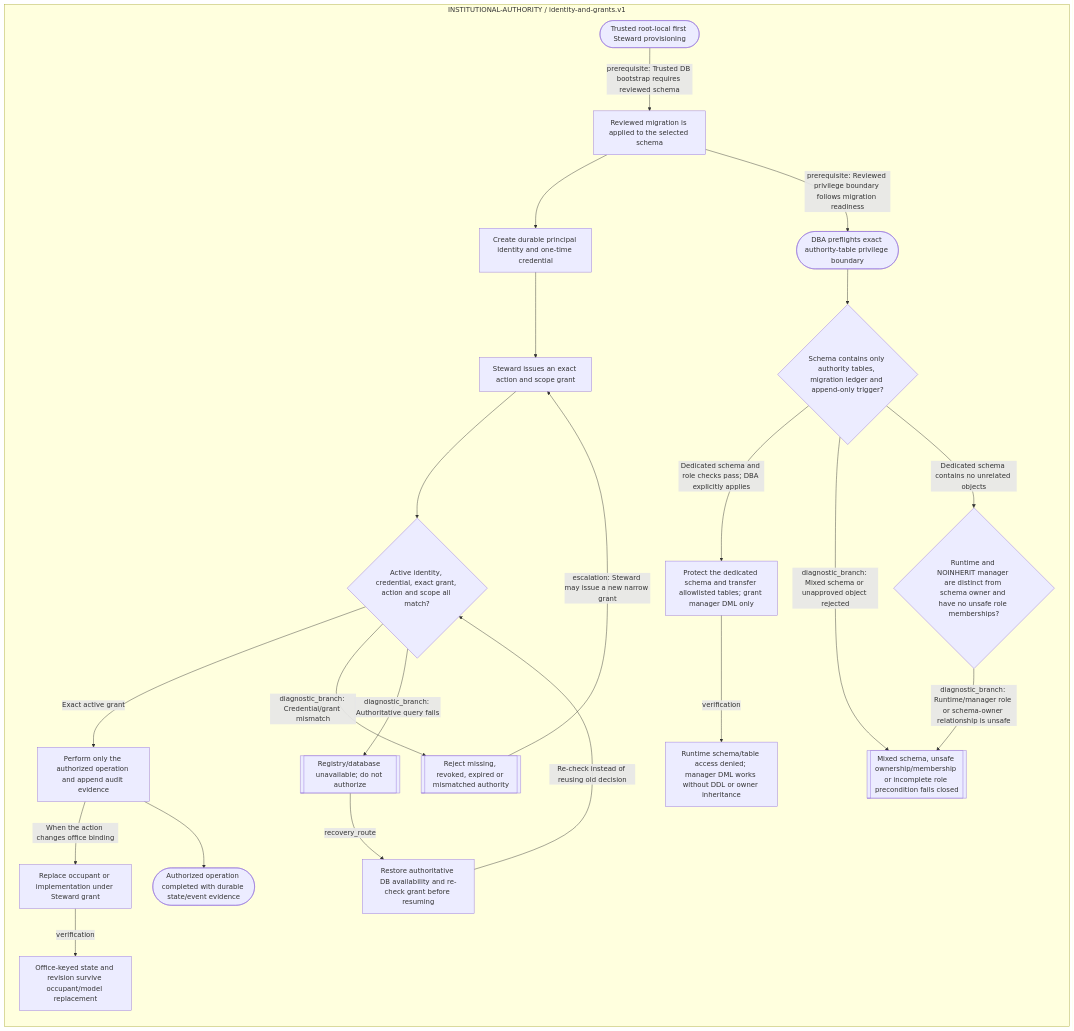
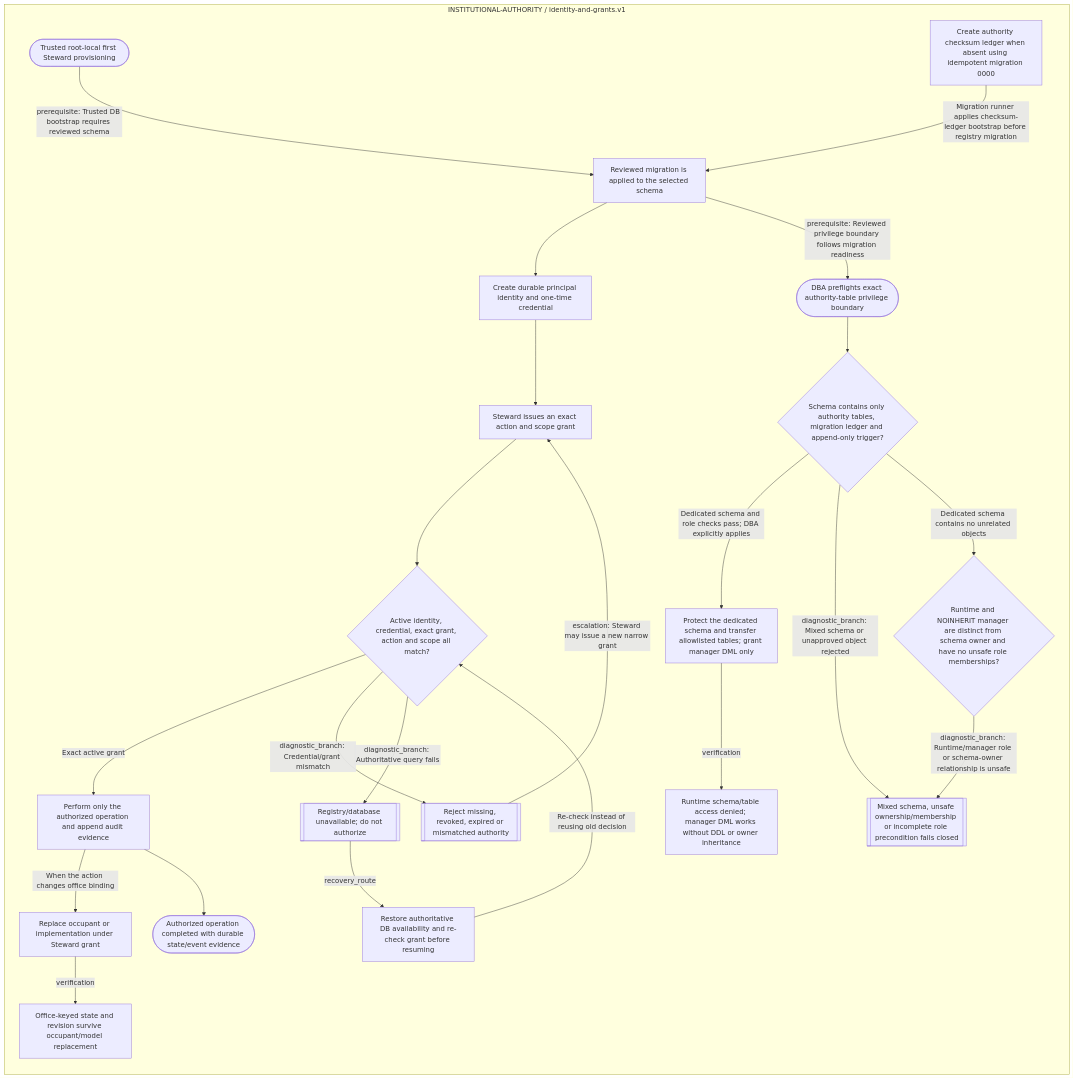
The diagram in docs/components/INSTITUTIONAL_AUTHORITY_FLOW.md (ppow1/Riverview-), drawn with Mermaid before and after one commit. The commit also changed other lines of this file and 33 other files, not shown here.

Commit message:
fix(authority): bootstrap fresh schema migration ledger

````diff
--- a/docs/components/INSTITUTIONAL_AUTHORITY_FLOW.md
+++ b/docs/components/INSTITUTIONAL_AUTHORITY_FLOW.md
@@ -19,44 +19,46 @@
 ```mermaid
 flowchart LR
   subgraph g_rv_institutional_authority_identity_and_grants["INSTITUTIONAL-AUTHORITY / identity-and-grants.v1"]
     g_rv_institutional_authority_identity_and_grants_bootstrap_a48d6fd3(["Trusted root-local first Steward provisioning"])
+    g_rv_institutional_authority_identity_and_grants_migration_ledger_bootstrap_b3ae001f["Create authority checksum ledger when absent using idempotent migration 0000"]
     g_rv_institutional_authority_identity_and_grants_migration_ready_c4bb91b6["Reviewed migration is applied to the selected schema"]
     g_rv_institutional_authority_identity_and_grants_principal_create_ee96873b["Create durable principal identity and one-time credential"]
     g_rv_institutional_authority_identity_and_grants_grant_create_462e1d10["Steward issues an exact action and scope grant"]
     g_rv_institutional_authority_identity_and_grants_authorize_fa36becb{"Active identity, credential, exact grant, action and scope all match?"}
     g_rv_institutional_authority_identity_and_grants_authorized_action_492c71b2["Perform only the authorized operation and append audit evidence"]
     g_rv_institutional_authority_identity_and_grants_deny_e8ae7e89[["Reject missing, revoked, expired or mismatched authority"]]
     g_rv_institutional_authority_identity_and_grants_replace_binding_ccca04a9["Replace occupant or implementation under Steward grant"]
     g_rv_institutional_authority_identity_and_grants_office_state_e5a8ca22["Office-keyed state and revision survive occupant/model replacement"]
     g_rv_institutional_authority_identity_and_grants_unavailable_ecf79c11[["Registry/database unavailable; do not authorize"]]
     g_rv_institutional_authority_identity_and_grants_recover_dedfc857["Restore authoritative DB availability and re-check grant before resuming"]
     g_rv_institutional_authority_identity_and_grants_complete_b22cd8fd(["Authorized operation completed with durable state/event evidence"])
     g_rv_institutional_authority_identity_and_grants_db_boundary_preflight_7ebcafd7(["DBA preflights exact authority-table privilege boundary"])
     g_rv_institutional_authority_identity_and_grants_schema_owner_gate_a70328d4{"Runtime and NOINHERIT manager are distinct from schema owner and have no unsafe role memberships?"}
     g_rv_institutional_authority_identity_and_grants_transfer_protected_objects_ce82dd28["Protect the dedicated schema and transfer allowlisted tables; grant manager DML only"]
     g_rv_institutional_authority_identity_and_grants_runtime_denial_verified_c2b31279["Runtime schema/table access denied; manager DML works without DDL or owner inheritance"]
     g_rv_institutional_authority_identity_and_grants_boundary_preflight_failure_44d08c3b[["Mixed schema, unsafe ownership/membership or incomplete role precondition fails closed"]]
     g_rv_institutional_authority_identity_and_grants_dedicated_schema_gate_c3990d8d{"Schema contains only authority tables, migration ledger and append-only trigger?"}
   end
+  g_rv_institutional_authority_identity_and_grants_migration_ledger_bootstrap_b3ae001f -->|Migration runner applies checksum-ledger bootstrap before registry migration| g_rv_institutional_authority_identity_and_grants_migration_ready_c4bb91b6
   g_rv_institutional_authority_identity_and_grants_bootstrap_a48d6fd3 -->|prerequisite: Trusted DB bootstrap requires reviewed schema| g_rv_institutional_authority_identity_and_grants_migration_ready_c4bb91b6
   g_rv_institutional_authority_identity_and_grants_migration_ready_c4bb91b6 --> g_rv_institutional_authority_identity_and_grants_principal_create_ee96873b
   g_rv_institutional_authority_identity_and_grants_principal_create_ee96873b --> g_rv_institutional_authority_identity_and_grants_grant_create_462e1d10
   g_rv_institutional_authority_identity_and_grants_grant_create_462e1d10 --> g_rv_institutional_authority_identity_and_grants_authorize_fa36becb
   g_rv_institutional_authority_identity_and_grants_authorize_fa36becb -->|Exact active grant| g_rv_institutional_authority_identity_and_grants_authorized_action_492c71b2
   g_rv_institutional_authority_identity_and_grants_authorize_fa36becb -->|diagnostic_branch: Credential/grant mismatch| g_rv_institutional_authority_identity_and_grants_deny_e8ae7e89
   g_rv_institutional_authority_identity_and_grants_authorized_action_492c71b2 -->|When the action changes office binding| g_rv_institutional_authority_identity_and_grants_replace_binding_ccca04a9
   g_rv_institutional_authority_identity_and_grants_replace_binding_ccca04a9 -->|verification| g_rv_institutional_authority_identity_and_grants_office_state_e5a8ca22
   g_rv_institutional_authority_identity_and_grants_authorized_action_492c71b2 --> g_rv_institutional_authority_identity_and_grants_complete_b22cd8fd
   g_rv_institutional_authority_identity_and_grants_authorize_fa36becb -->|diagnostic_branch: Authoritative query fails| g_rv_institutional_authority_identity_and_grants_unavailable_ecf79c11
   g_rv_institutional_authority_identity_and_grants_unavailable_ecf79c11 -->|recovery_route| g_rv_institutional_authority_identity_and_grants_recover_dedfc857
   g_rv_institutional_authority_identity_and_grants_recover_dedfc857 -->|Re-check instead of reusing old decision| g_rv_institutional_authority_identity_and_grants_authorize_fa36becb
   g_rv_institutional_authority_identity_and_grants_deny_e8ae7e89 -->|escalation: Steward may issue a new narrow grant| g_rv_institutional_authority_identity_and_grants_grant_create_462e1d10
   g_rv_institutional_authority_identity_and_grants_migration_ready_c4bb91b6 -->|prerequisite: Reviewed privilege boundary follows migration readiness| g_rv_institutional_authority_identity_and_grants_db_boundary_preflight_7ebcafd7
   g_rv_institutional_authority_identity_and_grants_db_boundary_preflight_7ebcafd7 --> g_rv_institutional_authority_identity_and_grants_dedicated_schema_gate_c3990d8d
   g_rv_institutional_authority_identity_and_grants_dedicated_schema_gate_c3990d8d -->|Dedicated schema and role checks pass; DBA explicitly applies| g_rv_institutional_authority_identity_and_grants_transfer_protected_objects_ce82dd28
   g_rv_institutional_authority_identity_and_grants_dedicated_schema_gate_c3990d8d -->|diagnostic_branch: Mixed schema or unapproved object rejected| g_rv_institutional_authority_identity_and_grants_boundary_preflight_failure_44d08c3b
   g_rv_institutional_authority_identity_and_grants_transfer_protected_objects_ce82dd28 -->|verification| g_rv_institutional_authority_identity_and_grants_runtime_denial_verified_c2b31279
   g_rv_institutional_authority_identity_and_grants_dedicated_schema_gate_c3990d8d -->|Dedicated schema contains no unrelated objects| g_rv_institutional_authority_identity_and_grants_schema_owner_gate_a70328d4
   g_rv_institutional_authority_identity_and_grants_schema_owner_gate_a70328d4 -->|diagnostic_branch: Runtime/manager role or schema-owner relationship is unsafe| g_rv_institutional_authority_identity_and_grants_boundary_preflight_failure_44d08c3b
   classDef failure fill:#fee,stroke:#b00,stroke-width:2px
 ```
````
